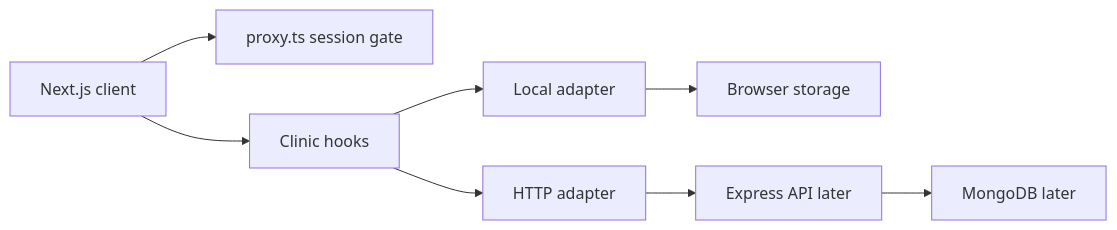
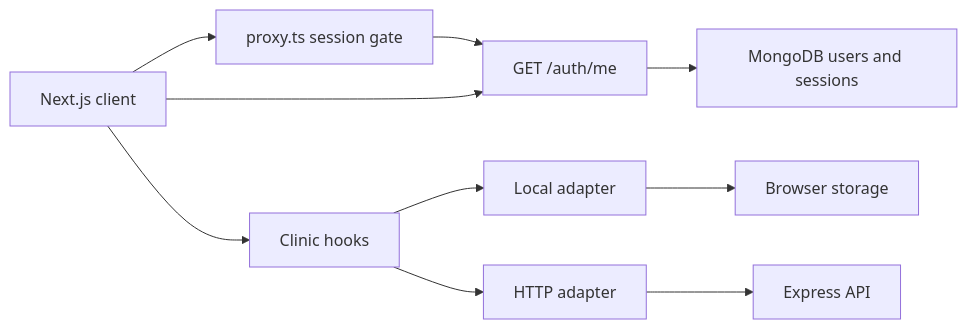
One commit to TheSajib/doctor-tracker changed the diagram in README.md. Above: the diagram before and after it, drawn with Mermaid. The commit also changed other lines of this file and 9 other files, not shown here.

````diff
--- a/README.md
+++ b/README.md
@@ -38,10 +47,12 @@
 ```mermaid
 flowchart LR
   Browser["Next.js client"] --> Proxy["proxy.ts session gate"]
   Browser --> Hooks["Clinic hooks"]
+  Proxy --> AuthApi["GET /auth/me"]
   Hooks --> Local["Local adapter"]
   Hooks --> Http["HTTP adapter"]
   Local --> Storage["Browser storage"]
-  Http --> Api["Express API later"]
-  Api --> Mongo["MongoDB later"]
+  Http --> Api["Express API"]
+  Browser --> AuthApi
+  AuthApi --> Mongo["MongoDB users and sessions"]
 ```
````
